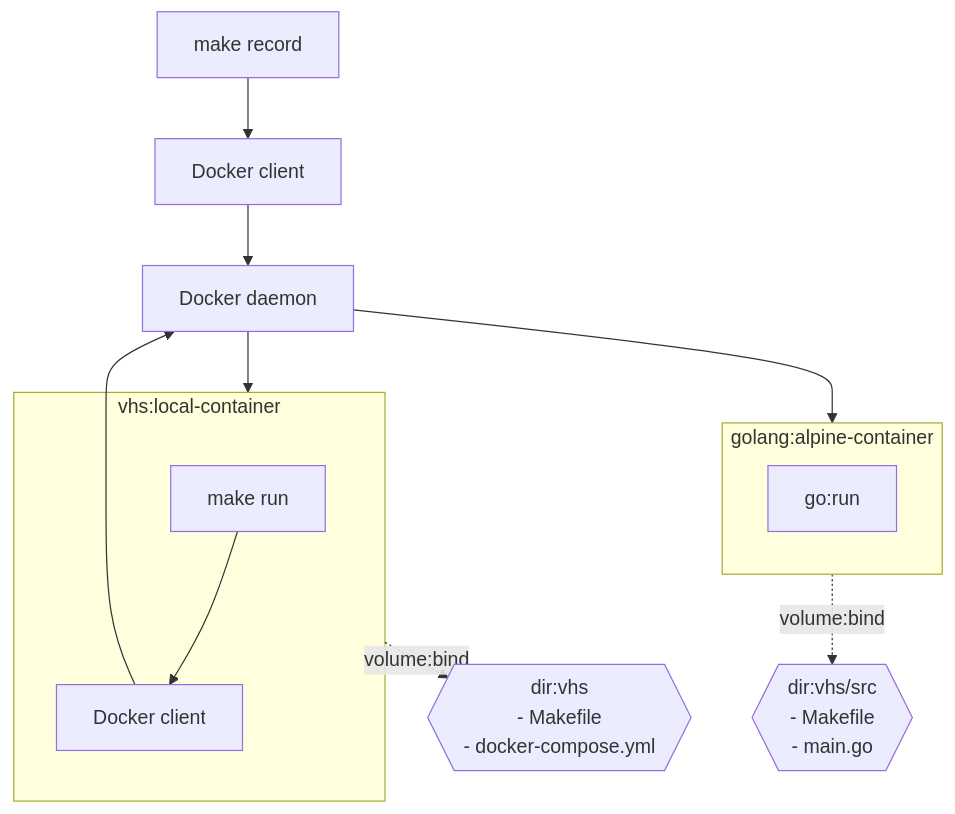
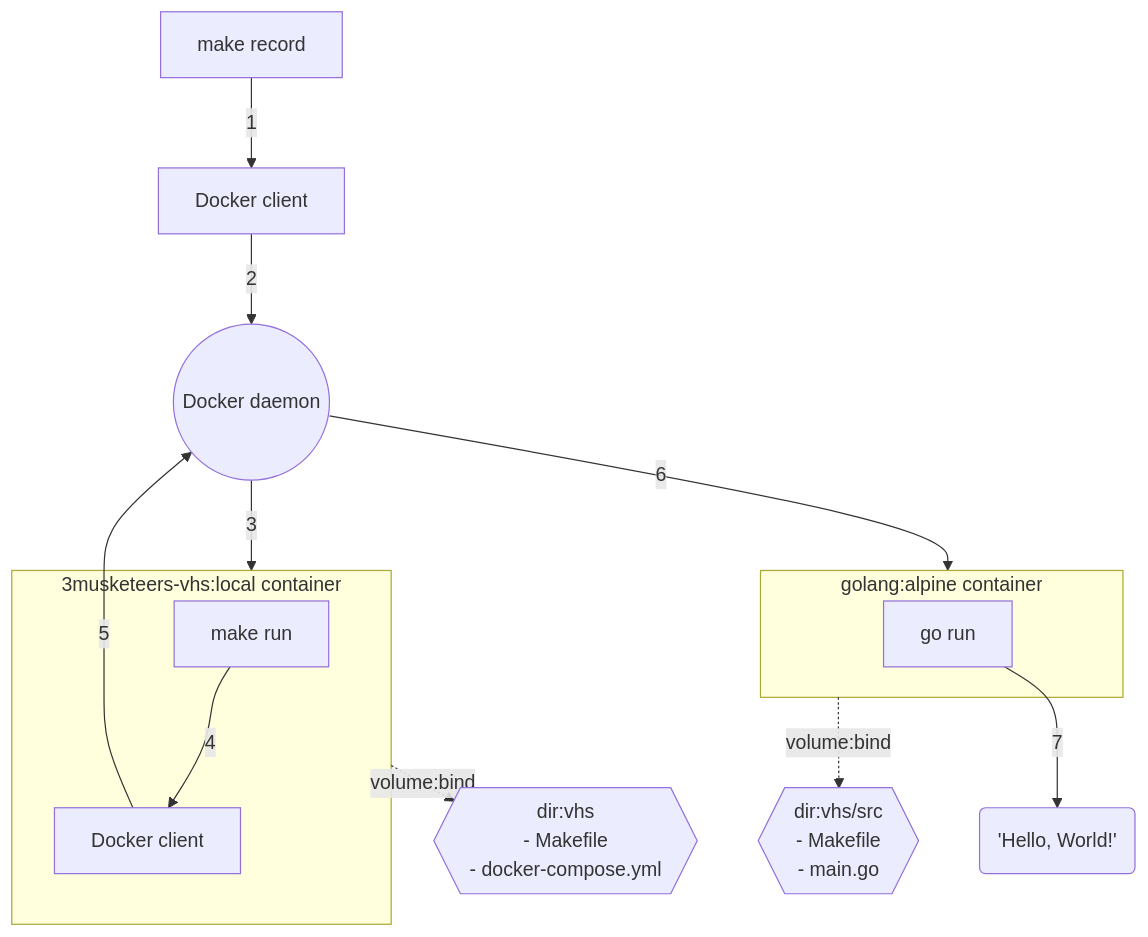
The diagram in vhs/README.md (flemay/3musketeers), drawn with Mermaid before and after one commit.

````diff
--- a/vhs/README.md
+++ b/vhs/README.md
@@ -26,16 +26,17 @@
 ```mermaid
 graph TB
-    make:record[make record]-->host-docker-client[Docker client]
-    host-docker-client-->docker-daemon[Docker daemon]
-    subgraph vhs:local-container
-    make:run[make run]-->docker-client[Docker client]
+    make:record[make record]--1-->host-docker-client[Docker client]
+    host-docker-client--2-->docker-daemon((Docker daemon))
+    subgraph vhs-local-container [3musketeers-vhs:local container]
+    make:run[make run]--4-->docker-client[Docker client]
     end
-    docker-client-->docker-daemon
-    docker-daemon-->vhs:local-container
-    vhs:local-container-.volume:bind.->dir:vhs{{dir:vhs\n- Makefile\n- docker-compose.yml}}
-    docker-daemon-->golang:alpine-container
-    subgraph golang:alpine-container
-        go:run
+    docker-daemon--3-->vhs-local-container
+    docker-client--5-->docker-daemon
+    vhs-local-container-.volume:bind.->dir-vhs{{dir:vhs\n- Makefile\n- docker-compose.yml}}
+    docker-daemon--6-->golang-alpine-container
+    subgraph golang-alpine-container [golang:alpine container]
+        go-run[go run]
     end
-    golang:alpine-container-.volume:bind.->dir:vhs/src{{dir:vhs/src\n- Makefile\n- main.go}}
+    golang-alpine-container-.volume:bind.->dir-vhs-src{{dir:vhs/src\n- Makefile\n- main.go}}
+    go-run--7-->hello-world('Hello, World!')
 ```
````
